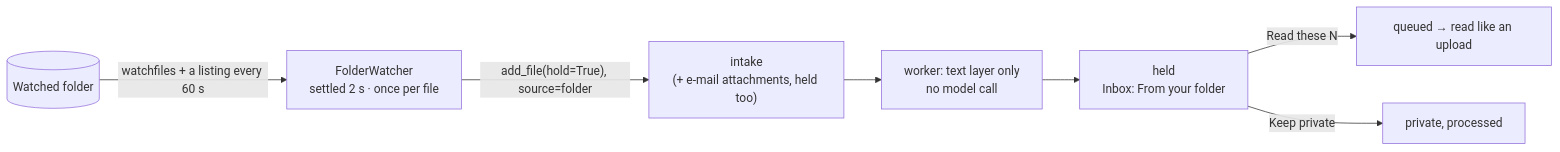
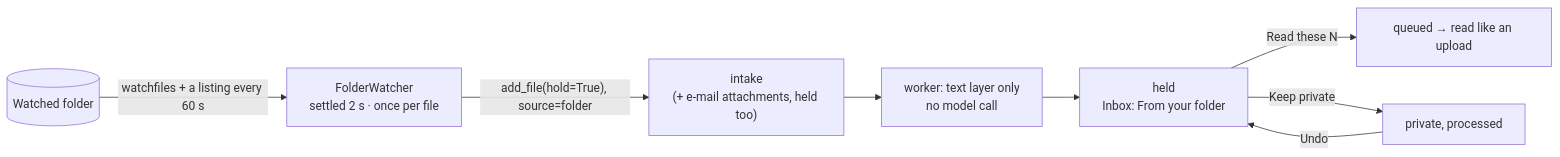
One commit to ahmedEid1/ordnung changed the third of 6 diagrams in docs/architecture.md. Above: the diagram before and after it, drawn with Mermaid. The commit also changed other lines of this file and 24 other files, not shown here.

````diff
--- a/docs/architecture.md
+++ b/docs/architecture.md
@@ -108,8 +108,9 @@
 ```mermaid
 flowchart LR
   F[("Watched folder")] -->|"watchfiles + a listing every 60 s"| W["FolderWatcher<br/>settled 2 s · once per file"]
   W -->|"add_file(hold=True), source=folder"| I["intake<br/>(+ e-mail attachments, held too)"]
   I --> Q["worker: text layer only<br/>no model call"] --> H["held<br/>Inbox: From your folder"]
   H -->|"Read these N"| R["queued → read like an upload"]
   H -->|"Keep private"| P["private, processed"]
+  P -->|"Undo"| H
 ```
````
